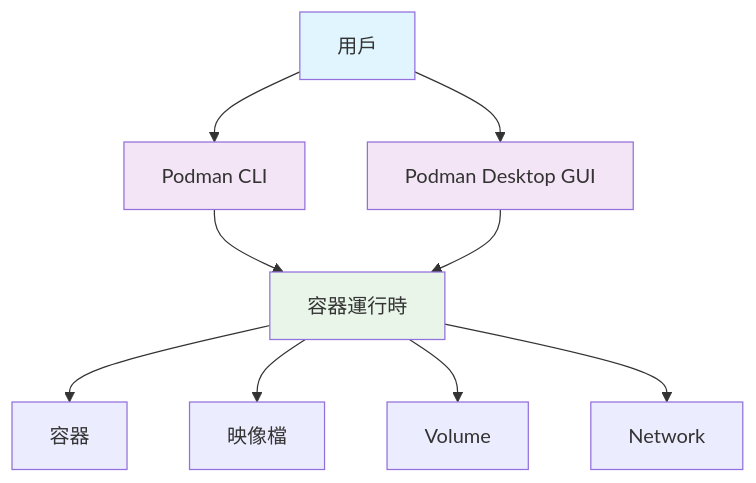
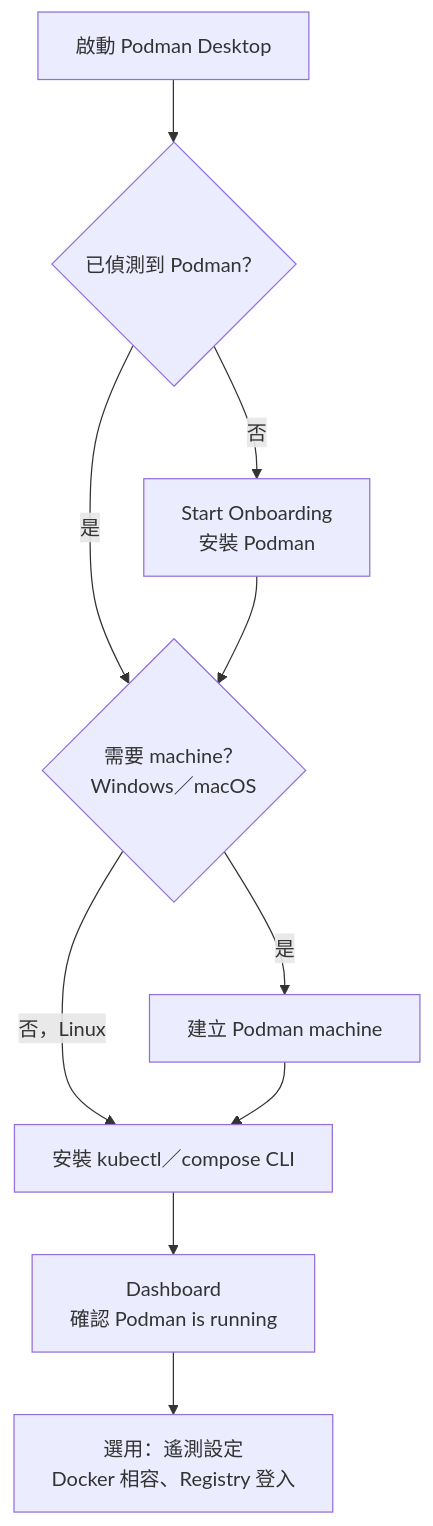
Before and after one commit to chihhung/Blog: the third of 13 diagrams in content/posts/教學/工具/Podman Desktop使用教學.md, drawn with Mermaid. The commit also changed other lines of this file and 10 other files, not shown here.

````diff
--- a/content/posts/教學/工具/Podman Desktop使用教學.md
+++ b/content/posts/教學/工具/Podman Desktop使用教學.md
@@ -63,16 +528,12 @@
 ```mermaid
-graph TD
-    A[用戶] --> B[Podman CLI]
-    A --> C[Podman Desktop GUI]
-    B --> D[容器運行時]
+flowchart TD
+    A[啟動 Podman Desktop] --> B{已偵測到 Podman？}
+    B -- 否 --> C[Start Onboarding<br/>安裝 Podman]
+    B -- 是 --> D{需要 machine？<br/>Windows／macOS}
     C --> D
-    D --> E[容器]
-    D --> F[映像檔]
-    D --> G[Volume]
-    D --> H[Network]
-    
-    style A fill:#e1f5fe
-    style B fill:#f3e5f5
-    style C fill:#f3e5f5
-    style D fill:#e8f5e8
+    D -- 是 --> E[建立 Podman machine]
+    D -- 否，Linux --> F[安裝 kubectl／compose CLI]
+    E --> F
+    F --> G[Dashboard<br/>確認 Podman is running]
+    G --> H[選用：遙測設定<br/>Docker 相容、Registry 登入]
 ```
````
